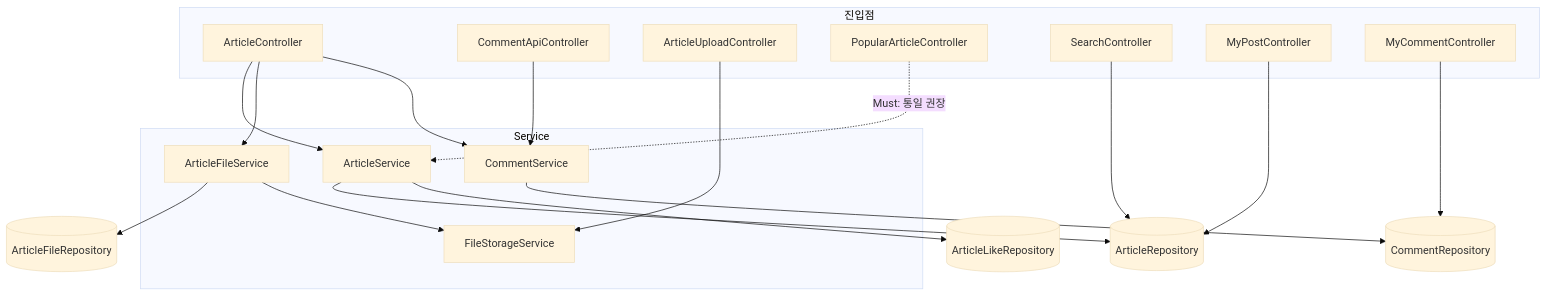
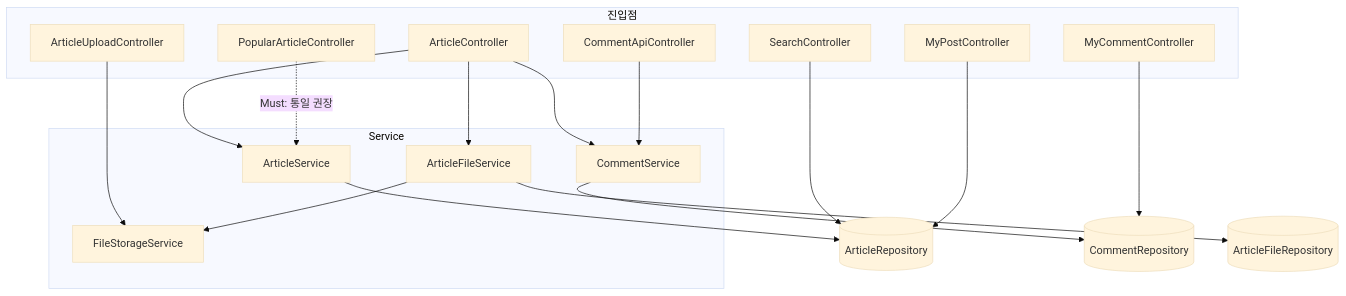
Before and after one commit to TriplesWeb/triplesweb: the fifth of 15 diagrams in docs/DOMAINS.md, drawn with Mermaid (base theme). The commit also changed other lines of this file and 36 other files, not shown here.

````diff
--- a/docs/DOMAINS.md
+++ b/docs/DOMAINS.md
@@ -140,32 +138,31 @@
 ```mermaid
 flowchart TB
   subgraph entry [진입점]
     AC[ArticleController]
     CAC[CommentApiController]
     AUC[ArticleUploadController]
     PAC[PopularArticleController]
     SC[SearchController]
     MyP[MyPostController]
     MyC[MyCommentController]
   end
   subgraph svc [Service]
     AS[ArticleService]
     AFS[ArticleFileService]
     CS[CommentService]
     FS[FileStorageService]
   end
   AC --> AS
   AC --> AFS
   AC --> CS
   CAC --> CS
   AUC --> FS
   PAC -.->|Must: 통일 권장| AS
   SC --> AR[(ArticleRepository)]
   MyP --> AR
   MyC --> CR[(CommentRepository)]
   AS --> AR
-  AS --> ALR[(ArticleLikeRepository)]
   AFS --> AFR[(ArticleFileRepository)]
   AFS --> FS
   CS --> CR
 ```
````
